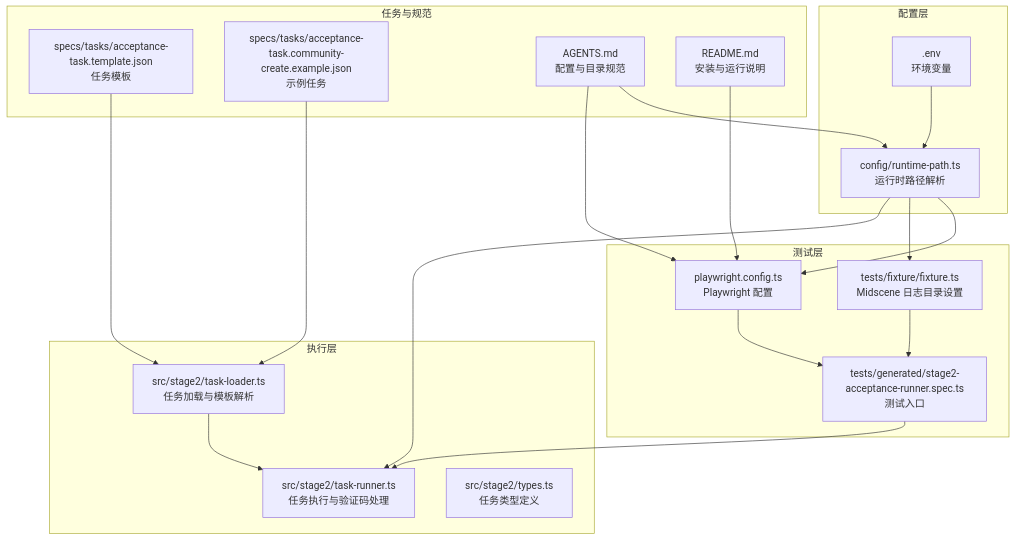
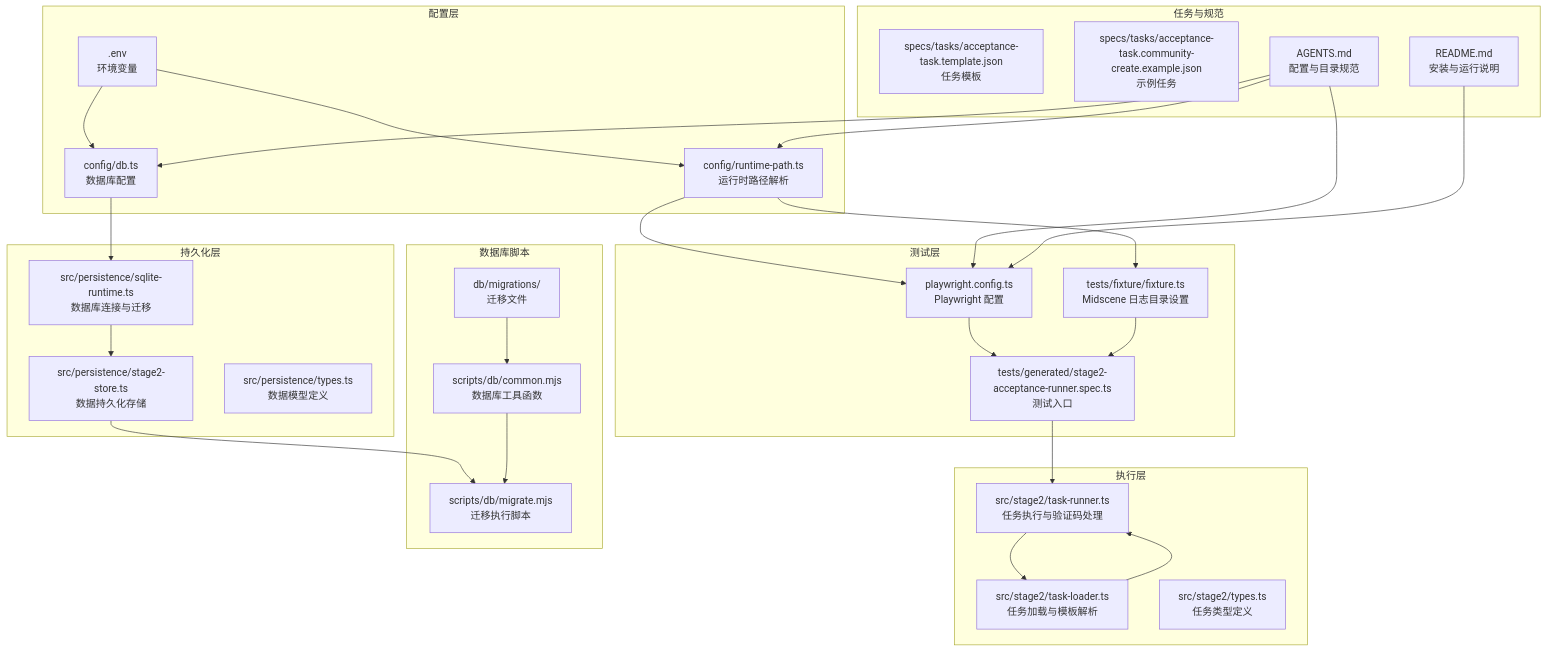
The first of 8 diagrams in .qoder/repowiki/zh/content/配置管理.md (Jiane-EJ/playwright-mind), drawn with Mermaid before and after one commit. The commit also changed other lines of this file and 7 other files, not shown here.

````diff
--- a/.qoder/repowiki/zh/content/配置管理.md
+++ b/.qoder/repowiki/zh/content/配置管理.md
@@ -48,36 +66,52 @@
 ```mermaid
 graph TB
 subgraph "配置层"
 ENV[".env<br/>环境变量"]
 RPT["config/runtime-path.ts<br/>运行时路径解析"]
+DBCFG["config/db.ts<br/>数据库配置"]
 end
 subgraph "测试层"
 PWC["playwright.config.ts<br/>Playwright 配置"]
 FIX["tests/fixture/fixture.ts<br/>Midscene 日志目录设置"]
 SPEC["tests/generated/stage2-acceptance-runner.spec.ts<br/>测试入口"]
 end
+subgraph "持久化层"
+SQLRUN["src/persistence/sqlite-runtime.ts<br/>数据库连接与迁移"]
+STAGE2STORE["src/persistence/stage2-store.ts<br/>数据持久化存储"]
+DBTYPES["src/persistence/types.ts<br/>数据模型定义"]
+end
 subgraph "执行层"
 TR["src/stage2/task-runner.ts<br/>任务执行与验证码处理"]
 TL["src/stage2/task-loader.ts<br/>任务加载与模板解析"]
 TYPES["src/stage2/types.ts<br/>任务类型定义"]
+end
+subgraph "数据库脚本"
+COMMON["scripts/db/common.mjs<br/>数据库工具函数"]
+MIGRATE["scripts/db/migrate.mjs<br/>迁移执行脚本"]
+MIGRATION["db/migrations/<br/>迁移文件"]
 end
 subgraph "任务与规范"
 TPL["specs/tasks/acceptance-task.template.json<br/>任务模板"]
 EX["specs/tasks/acceptance-task.community-create.example.json<br/>示例任务"]
 AG["AGENTS.md<br/>配置与目录规范"]
 RD["README.md<br/>安装与运行说明"]
 end
 ENV --> RPT
+ENV --> DBCFG
 RPT --> PWC
 RPT --> FIX
-RPT --> TR
+DBCFG --> SQLRUN
+SQLRUN --> STAGE2STORE
 PWC --> SPEC
 FIX --> SPEC
 SPEC --> TR
+TR --> TL
 TL --> TR
-TPL --> TL
-EX --> TL
+STAGE2STORE --> MIGRATE
+COMMON --> MIGRATE
+MIGRATION --> COMMON
 AG --> RPT
+AG --> DBCFG
 AG --> PWC
 RD --> PWC
 ```
````
